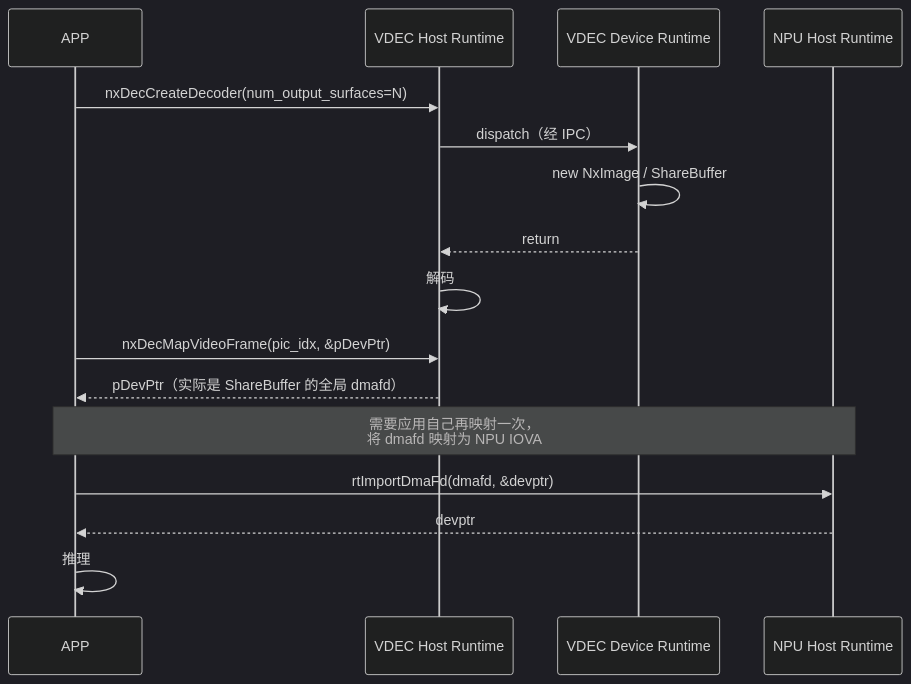
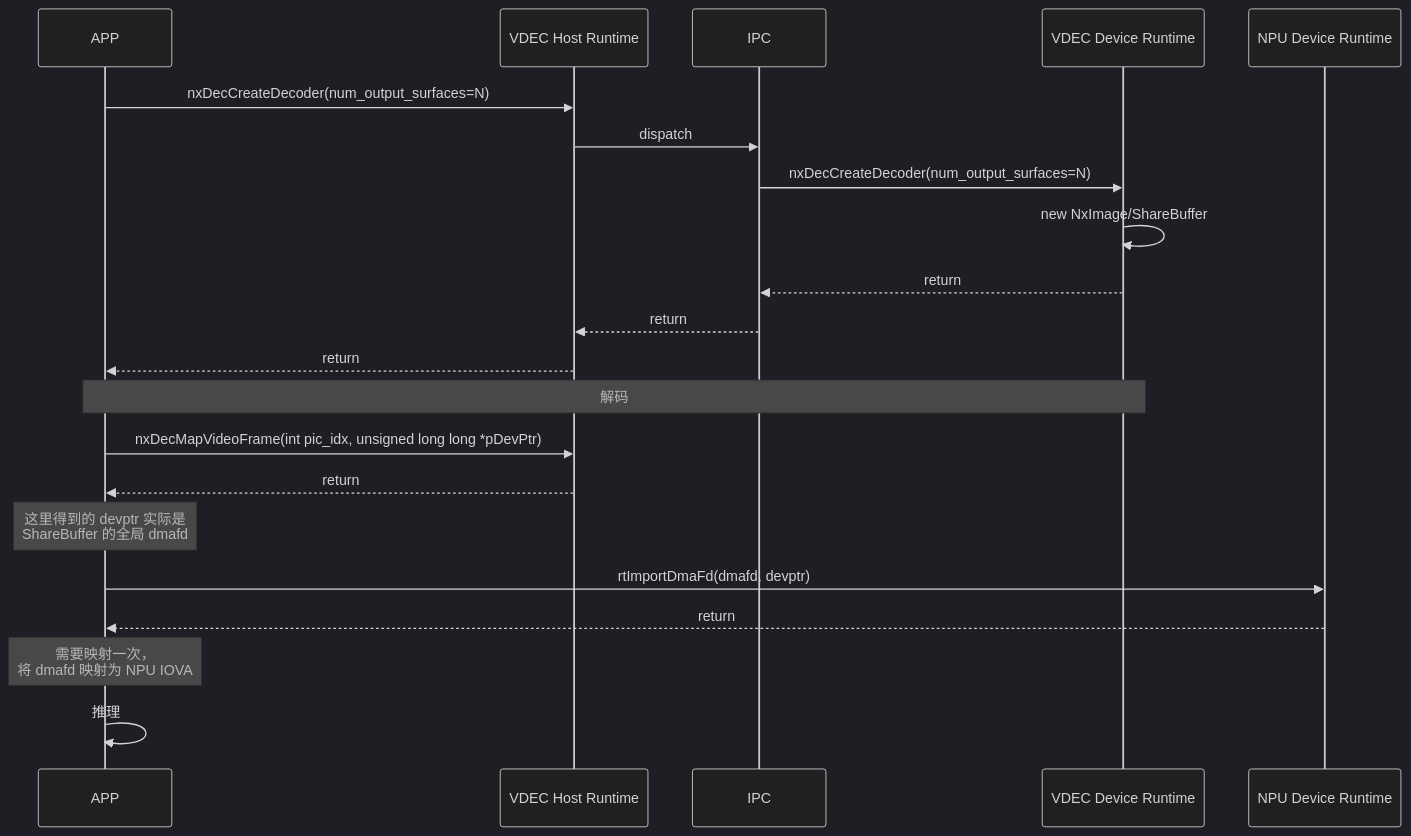
Before and after one commit to robertqd/AI-fundermentals: the ninth of 10 diagrams in 01_hardware_architecture/video_codec/01_inference_card_decode_interface_alignment.md, drawn with Mermaid (dark theme). The commit also changed other lines of this file and 1 other file, not shown here.

First line of the commit message:
fix(docs): correct sequence diagrams to match original design diagrams

````diff
--- a/01_hardware_architecture/video_codec/01_inference_card_decode_interface_alignment.md
+++ b/01_hardware_architecture/video_codec/01_inference_card_decode_interface_alignment.md
@@ -990,21 +1164,28 @@
 ```mermaid
 sequenceDiagram
     participant APP
     participant Host as VDEC Host Runtime
+    participant IPC
     participant Dev as VDEC Device Runtime
-    participant NPU as NPU Host Runtime
+    participant NPU as NPU Device Runtime
 
     APP->>Host: nxDecCreateDecoder(num_output_surfaces=N)
-    Host->>Dev: dispatch（经 IPC）
-    Dev->>Dev: new NxImage / ShareBuffer
-    Dev-->>Host: return
+    Host->>IPC: dispatch
+    IPC->>Dev: nxDecCreateDecoder(num_output_surfaces=N)
+    Dev->>Dev: new NxImage/ShareBuffer
+    Dev-->>IPC: return
+    IPC-->>Host: return
+    Host-->>APP: return
 
-    Host->>Host: 解码
-    APP->>Host: nxDecMapVideoFrame(pic_idx, &pDevPtr)
-    Host-->>APP: pDevPtr（实际是 ShareBuffer 的全局 dmafd）
+    Note over APP,Dev: 解码
 
-    Note over APP,NPU: 需要应用自己再映射一次，<br/>将 dmafd 映射为 NPU IOVA
-    APP->>NPU: rtImportDmaFd(dmafd, &devptr)
-    NPU-->>APP: devptr
+    APP->>Host: nxDecMapVideoFrame(int pic_idx, unsigned long long *pDevPtr)
+    Host-->>APP: return
+    Note over APP: 这里得到的 devptr 实际是<br/>ShareBuffer 的全局 dmafd
+
+    APP->>NPU: rtImportDmaFd(dmafd, devptr)
+    NPU-->>APP: return
+    Note over APP: 需要映射一次，<br/>将 dmafd 映射为 NPU IOVA
+
     APP->>APP: 推理
 ```
````
